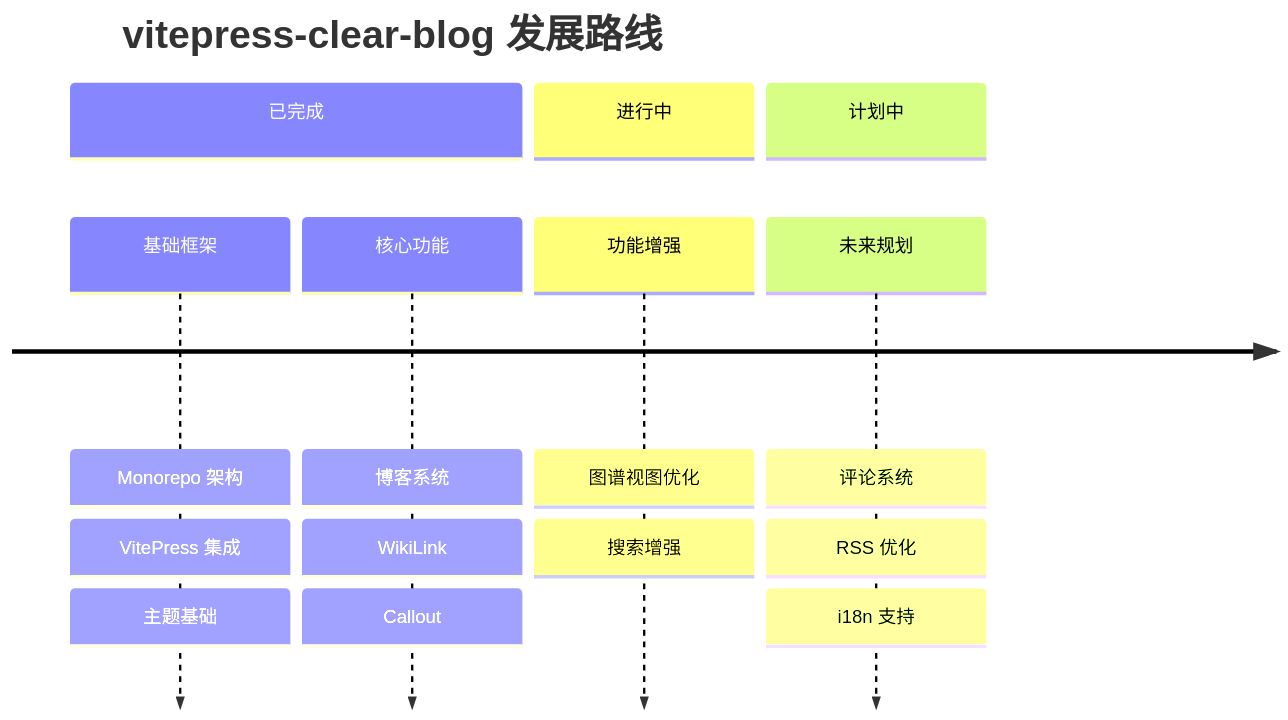
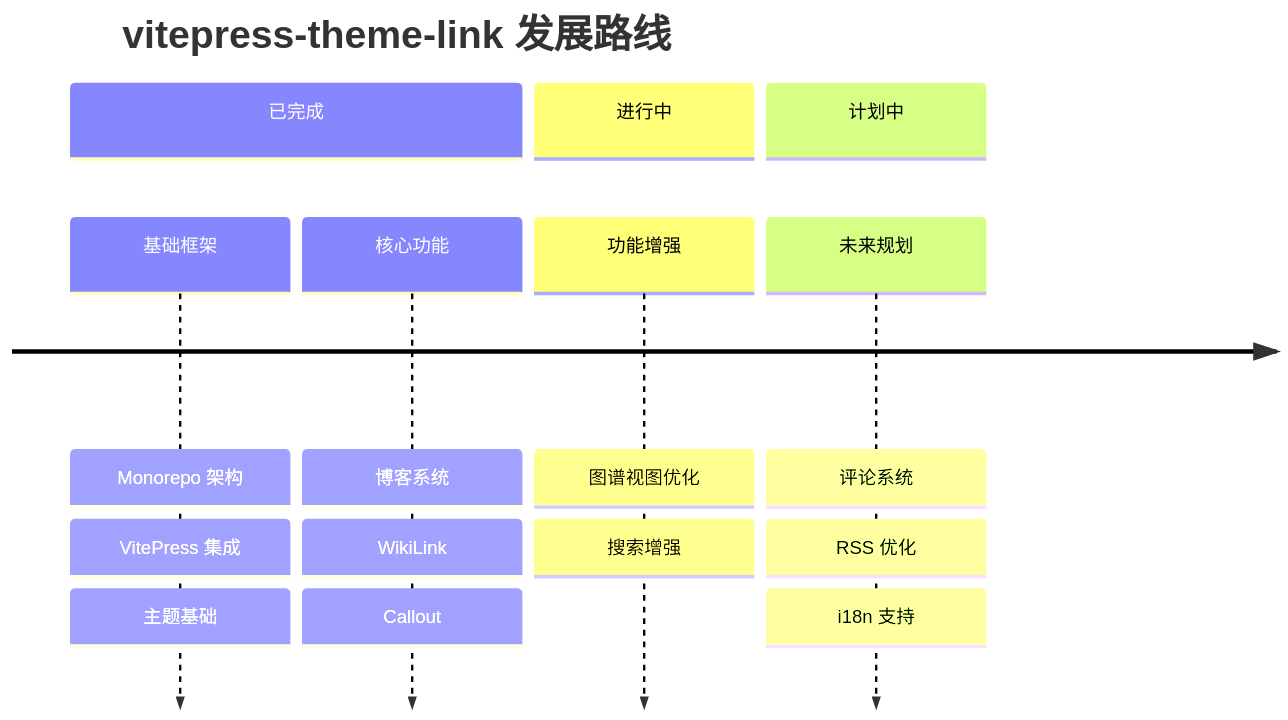
One commit to Albert26193/vitepress-clear-blog changed the diagram in sites/intro/docs/blogs/roadmap/index.md. Above: the diagram before and after it, drawn with Mermaid. The commit also changed 101 other files, not shown here.

````diff
--- a/sites/intro/docs/blogs/roadmap/index.md
+++ b/sites/intro/docs/blogs/roadmap/index.md
@@ -18,22 +18,22 @@
 ```mermaid
 timeline
-    title vitepress-clear-blog 发展路线
+    title vitepress-theme-link 发展路线
     
     section 已完成
         基础框架 : Monorepo 架构
                  : VitePress 集成
                  : 主题基础
         
         核心功能 : 博客系统
                  : WikiLink
                  : Callout
     
     section 进行中
         功能增强 : 图谱视图优化
                  : 搜索增强
     
     section 计划中
         未来规划 : 评论系统
                  : RSS 优化
                  : i18n 支持
 ```
````
